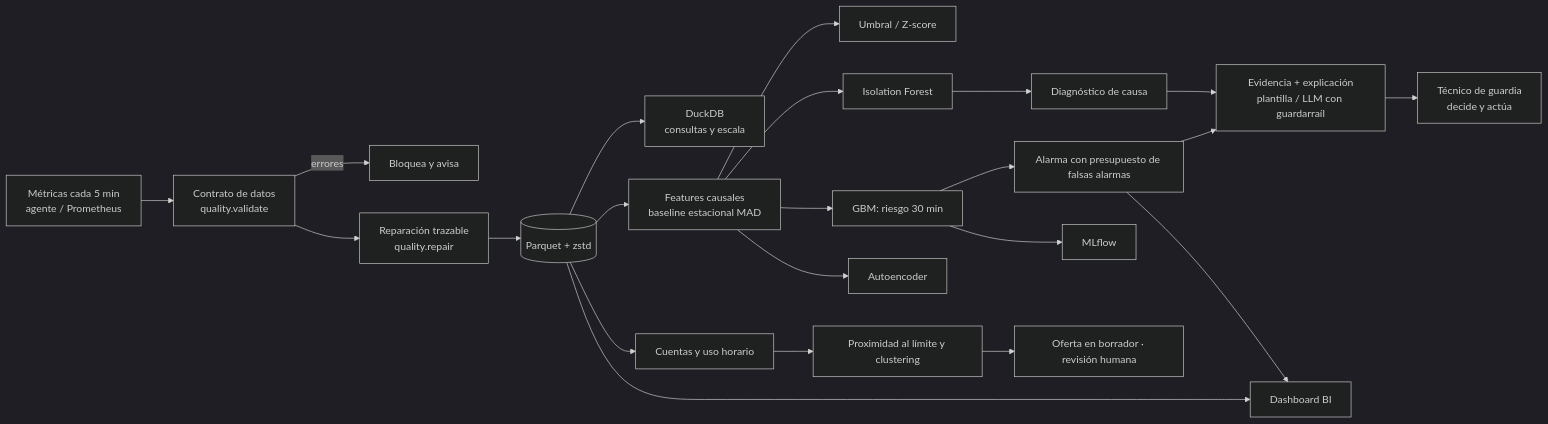
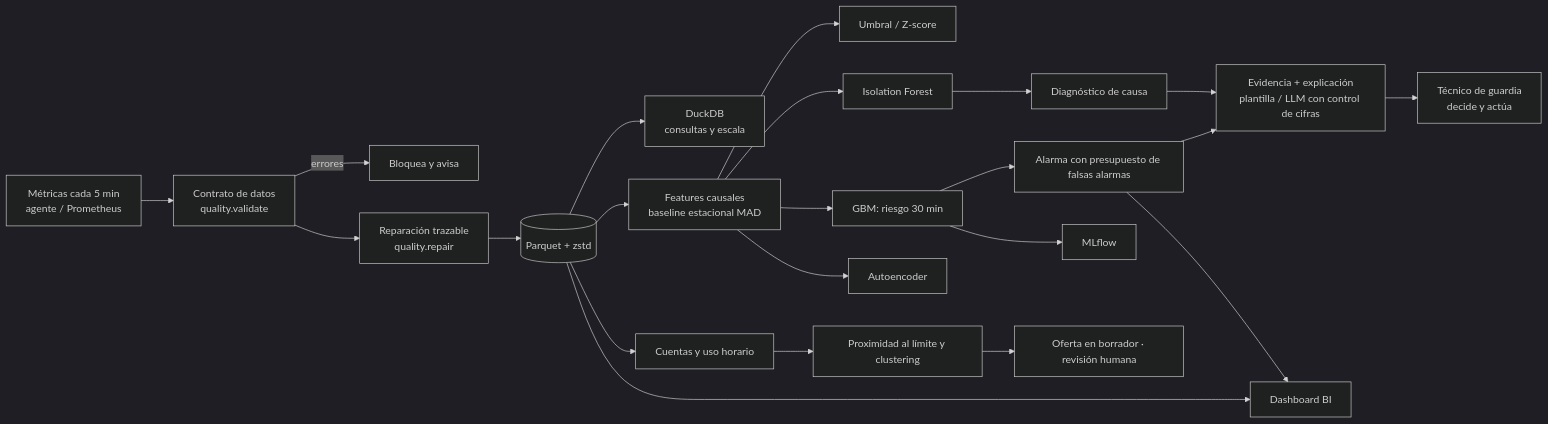
One commit to carlosmsr92/capacity-guard changed the diagram in docs/ARCHITECTURE.md. Above: the diagram before and after it, drawn with Mermaid (dark theme). The commit also changed other lines of this file and 4 other files, not shown here.

````diff
--- a/docs/ARCHITECTURE.md
+++ b/docs/ARCHITECTURE.md
@@ -3,24 +3,24 @@
 ```mermaid
 flowchart LR
   A[Métricas cada 5 min<br/>agente / Prometheus] --> B[Contrato de datos<br/>quality.validate]
   B -->|errores| X[Bloquea y avisa]
   B --> C[Reparación trazable<br/>quality.repair]
   C --> D[(Parquet + zstd)]
   D --> E[DuckDB<br/>consultas y escala]
   D --> F[Features causales<br/>baseline estacional MAD]
   F --> G1[Umbral / Z-score]
   F --> G2[Isolation Forest]
   F --> G3[GBM: riesgo 30 min]
   F --> G4[Autoencoder]
   G2 --> H[Diagnóstico de causa]
   G3 --> I[Alarma con presupuesto de falsas alarmas]
   D --> N[Cuentas y uso horario]
   N --> O[Proximidad al límite y clustering]
   O --> P[Oferta en borrador · revisión humana]
-  H --> J[Evidencia + explicación<br/>plantilla / LLM con guardarraíl]
+  H --> J[Evidencia + explicación<br/>plantilla / LLM con control de cifras]
   I --> J
   J --> K[Técnico de guardia<br/>decide y actúa]
   D --> L[Dashboard BI]
   I --> L
   G3 --> M[MLflow]
 ```
````
